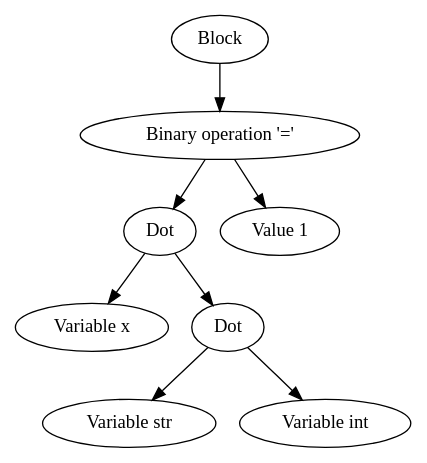
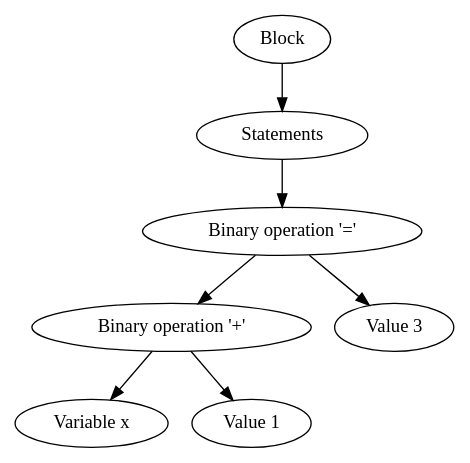
One commit to Insanious/Alang changed the diagram in parse.dot. Above: the diagram before and after it, drawn with Graphviz. The commit also changed 3 other files, not shown here.

```diff
--- a/parse.dot
+++ b/parse.dot
@@ -1,17 +1,15 @@
 digraph { 
 	0 [label="Block"];
-	1 [label="Binary operation '='"];
+	1 [label="Statements"];
 	0 -> 1
-	2 [label="Dot"];
+	2 [label="Binary operation '='"];
 	1 -> 2
-	3 [label="Value 1"];
-	1 -> 3
-	4 [label="Variable x"];
+	3 [label="Binary operation '+'"];
+	2 -> 3
+	4 [label="Value 3"];
 	2 -> 4
-	5 [label="Dot"];
-	2 -> 5
-	6 [label="Variable str"];
-	5 -> 6
-	7 [label="Variable int"];
-	5 -> 7
+	5 [label="Variable x"];
+	3 -> 5
+	6 [label="Value 1"];
+	3 -> 6
 }
```
